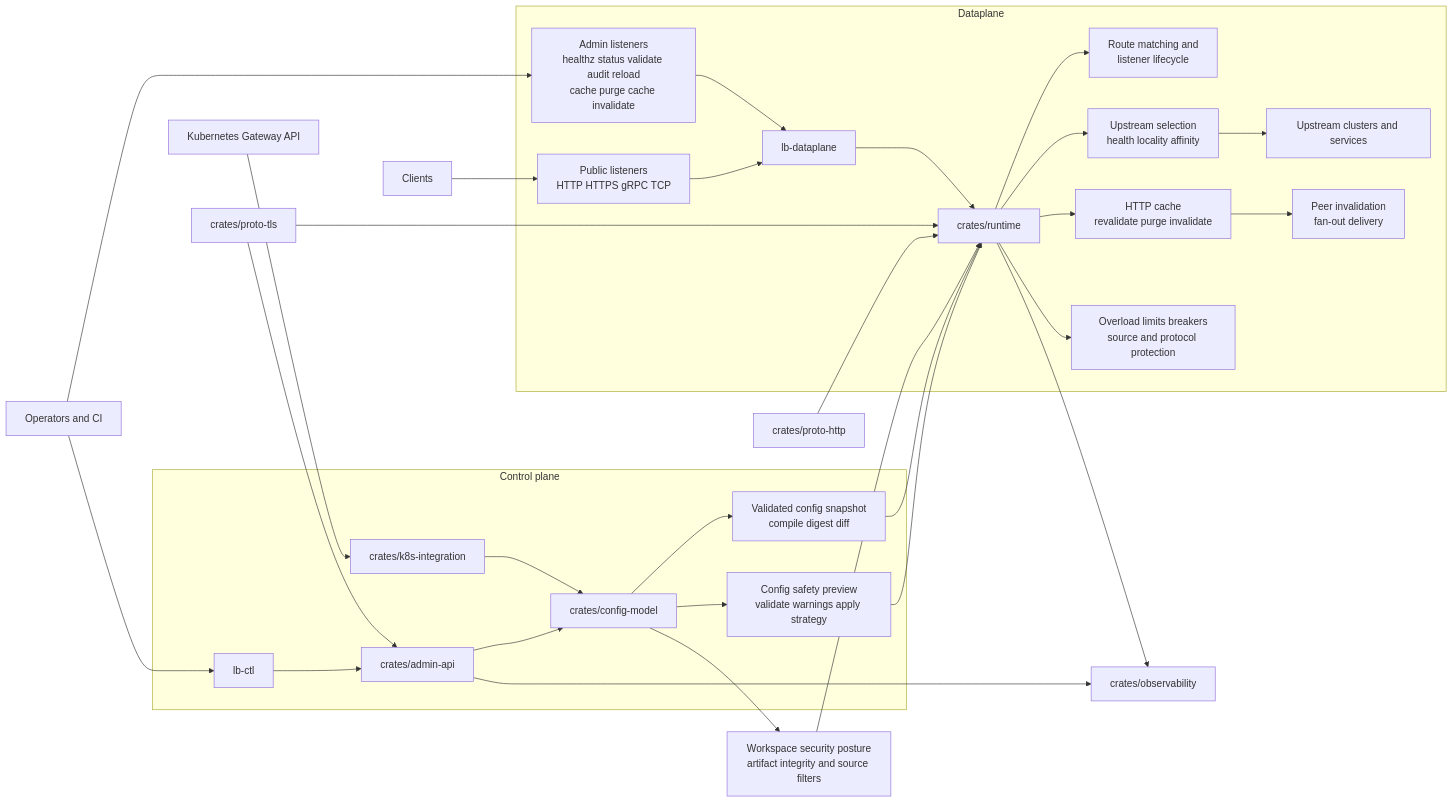
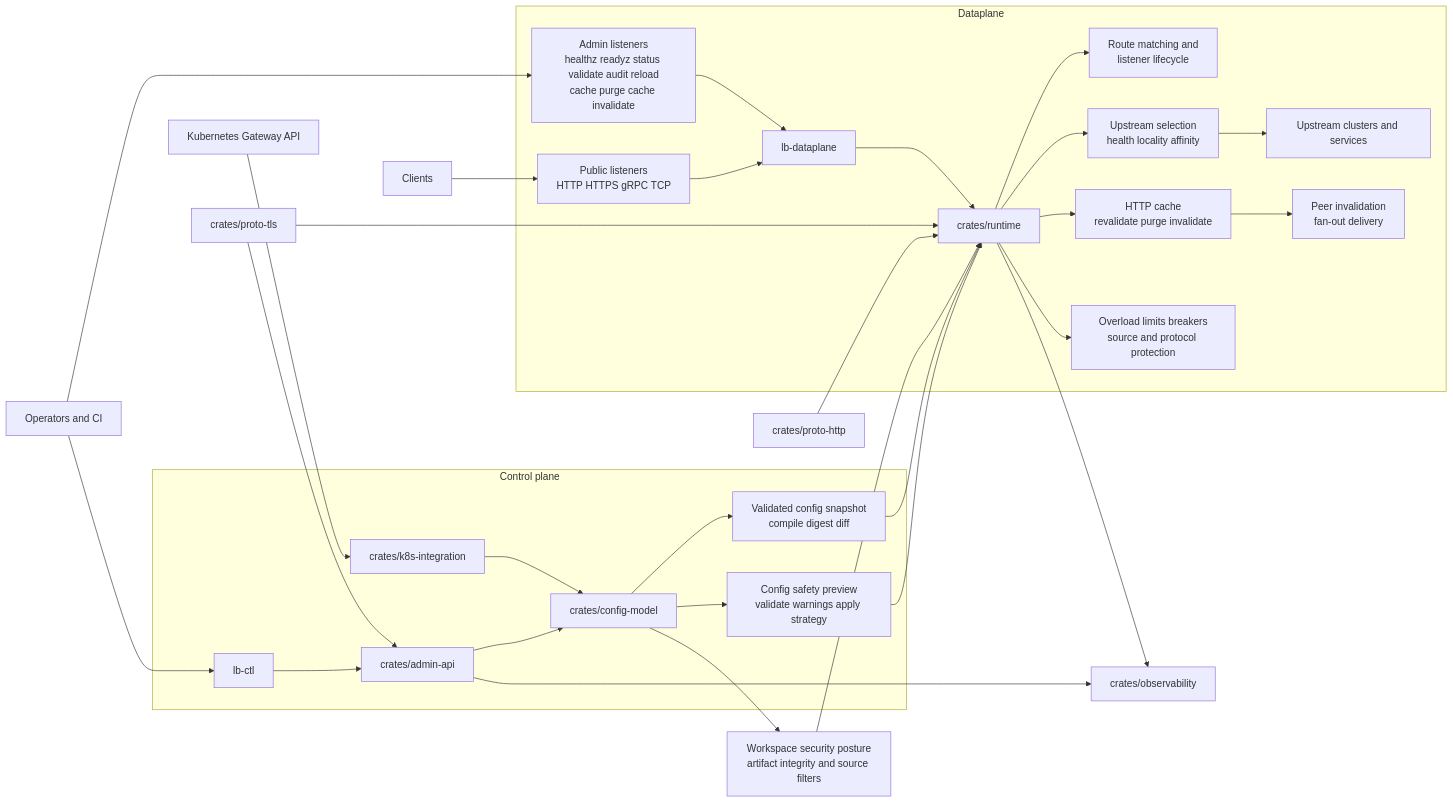
Before and after one commit to Lahutsin/way-balancer: the diagram in README.md, drawn with Mermaid. The commit also changed other lines of this file and 61 other files, not shown here.

````diff
--- a/README.md
+++ b/README.md
@@ -34,42 +36,42 @@
 ```mermaid
 flowchart LR
 	user[Clients] --> public[Public listeners\nHTTP HTTPS gRPC TCP]
-	operator[Operators and CI] --> admin[Admin listeners\nhealthz status validate audit reload\ncache purge cache invalidate]
+	operator[Operators and CI] --> admin[Admin listeners\nhealthz readyz status validate audit reload\ncache purge cache invalidate]
 	operator --> ctl[lb-ctl]
 	k8s[Kubernetes Gateway API] --> k8s_integration[crates/k8s-integration]
 
 	subgraph ControlPlane[Control plane]
 		ctl --> admin_api[crates/admin-api]
 		k8s_integration --> config_model[crates/config-model]
 		admin_api --> config_model
 		config_model --> snapshot[Validated config snapshot\ncompile digest diff]
 		config_model --> safety[Config safety preview\nvalidate warnings apply strategy]
 	end
 
 	subgraph DataPlane[Dataplane]
 		dataplane[lb-dataplane] --> runtime[crates/runtime]
 		public --> dataplane
 		admin --> dataplane
 		snapshot --> runtime
 		safety --> runtime
 		runtime --> routing[Route matching and\nlistener lifecycle]
 		runtime --> selection[Upstream selection\nhealth locality affinity]
 		runtime --> cache[HTTP cache\nrevalidate purge invalidate]
 		runtime --> protection[Overload limits breakers\nsource and protocol protection]
 		selection --> upstreams[Upstream clusters and services]
 		cache --> peers[Peer invalidation\nfan-out delivery]
 	end
 
 	proto_http[crates/proto-http]
 	proto_tls[crates/proto-tls]
 	observability[crates/observability]
 	security_cfg[Workspace security posture\nartifact integrity and source filters]
 
 	proto_http --> runtime
 	proto_tls --> runtime
 	proto_tls --> admin_api
 	config_model --> security_cfg
 	security_cfg --> runtime
 	runtime --> observability
 	admin_api --> observability
 ```
````
